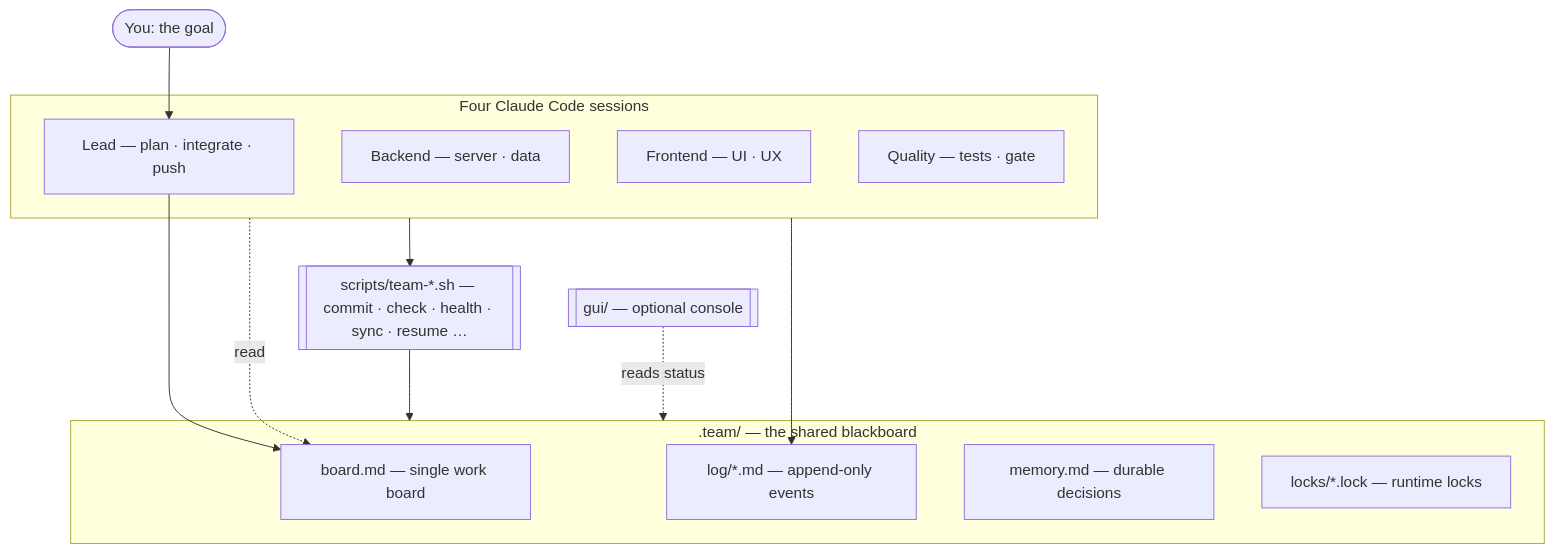
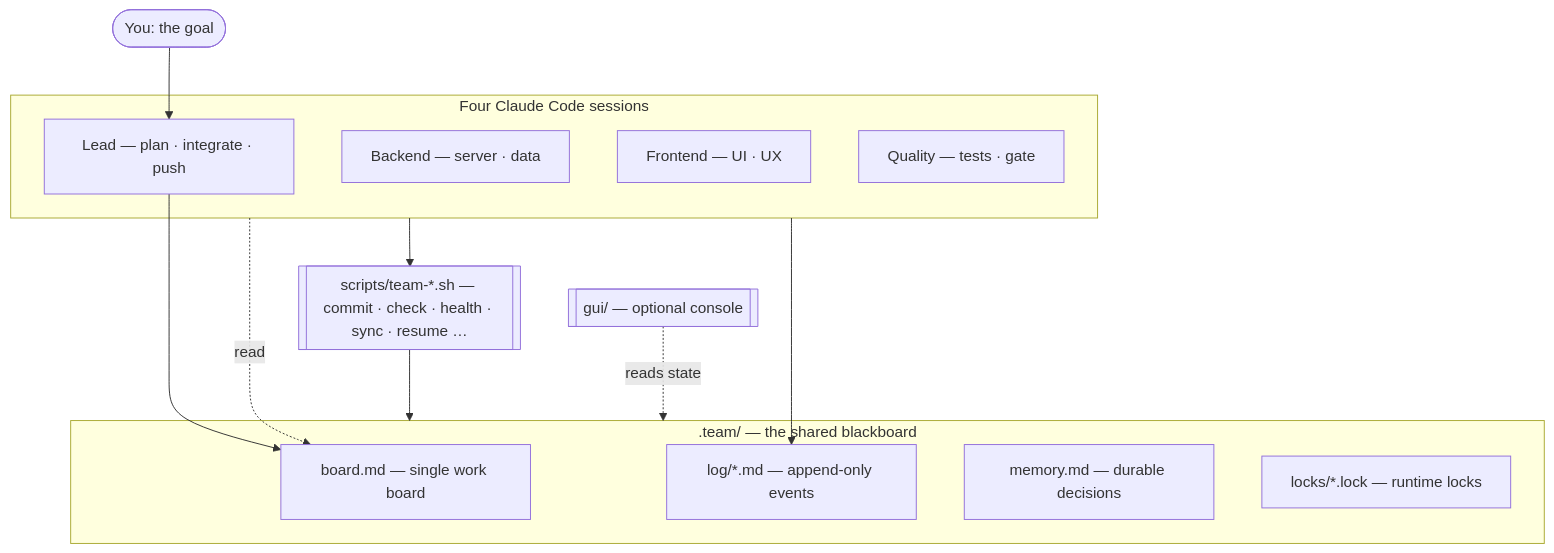
Before and after one commit to BEKO2210/4-Agent-Team-Kit-for-Claude-Code: the diagram in README.md, drawn with Mermaid. The commit also changed other lines of this file and 18 other files, not shown here.

First line of the commit message:
refactor: rename "status" to "state" across docs, scripts and GUI

````diff
--- a/README.md
+++ b/README.md
@@ -185,26 +185,26 @@
 ```mermaid
 flowchart TB
   human([You: the goal]) --> lead
 
   subgraph agents [Four Claude Code sessions]
     lead[Lead — plan · integrate · push]
     backend[Backend — server · data]
     frontend[Frontend — UI · UX]
     quality[Quality — tests · gate]
   end
 
   subgraph team [".team/ — the shared blackboard"]
     board[board.md — single work board]
     logs[log/*.md — append-only events]
     memory[memory.md — durable decisions]
     locks[locks/*.lock — runtime locks]
   end
 
   scripts[["scripts/team-*.sh — commit · check · health · sync · resume …"]]
 
   lead --> board
   agents --> logs
   agents -. read .-> board
   agents --> scripts --> team
-  gui[["gui/ — optional console"]] -. reads status .-> team
+  gui[["gui/ — optional console"]] -. reads state .-> team
 ```
````
